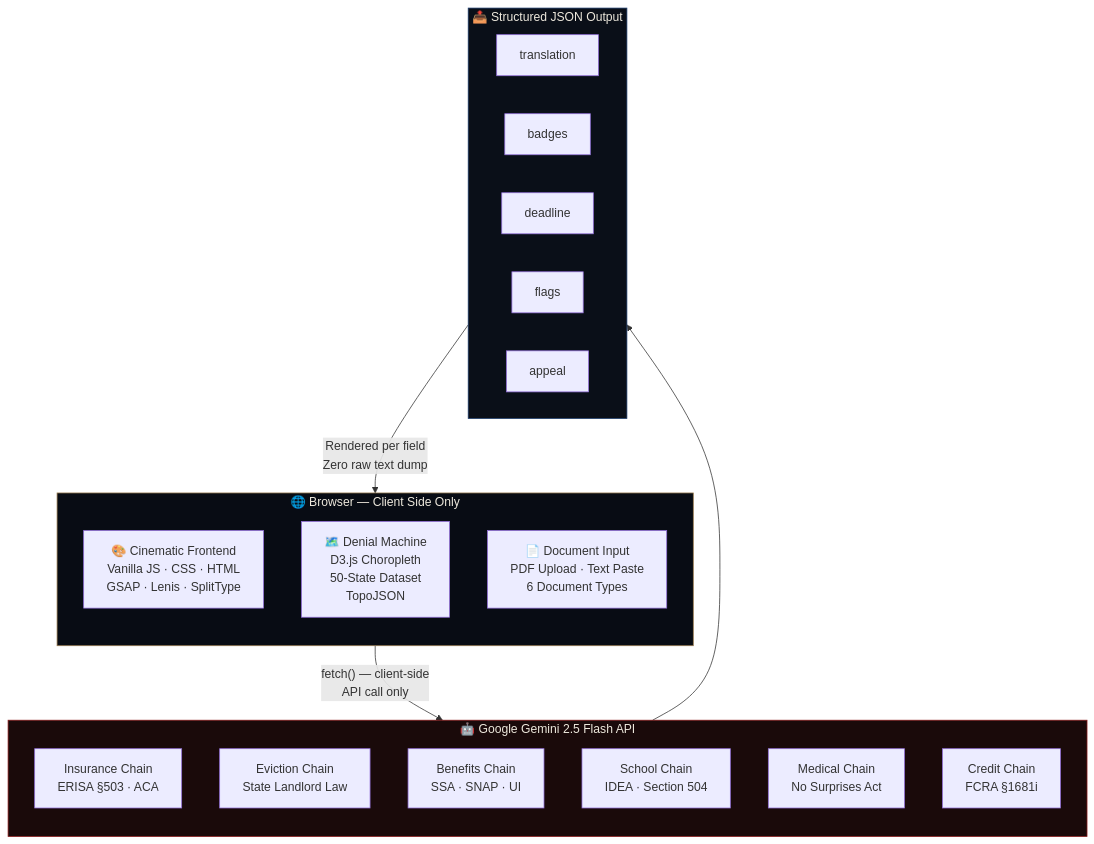
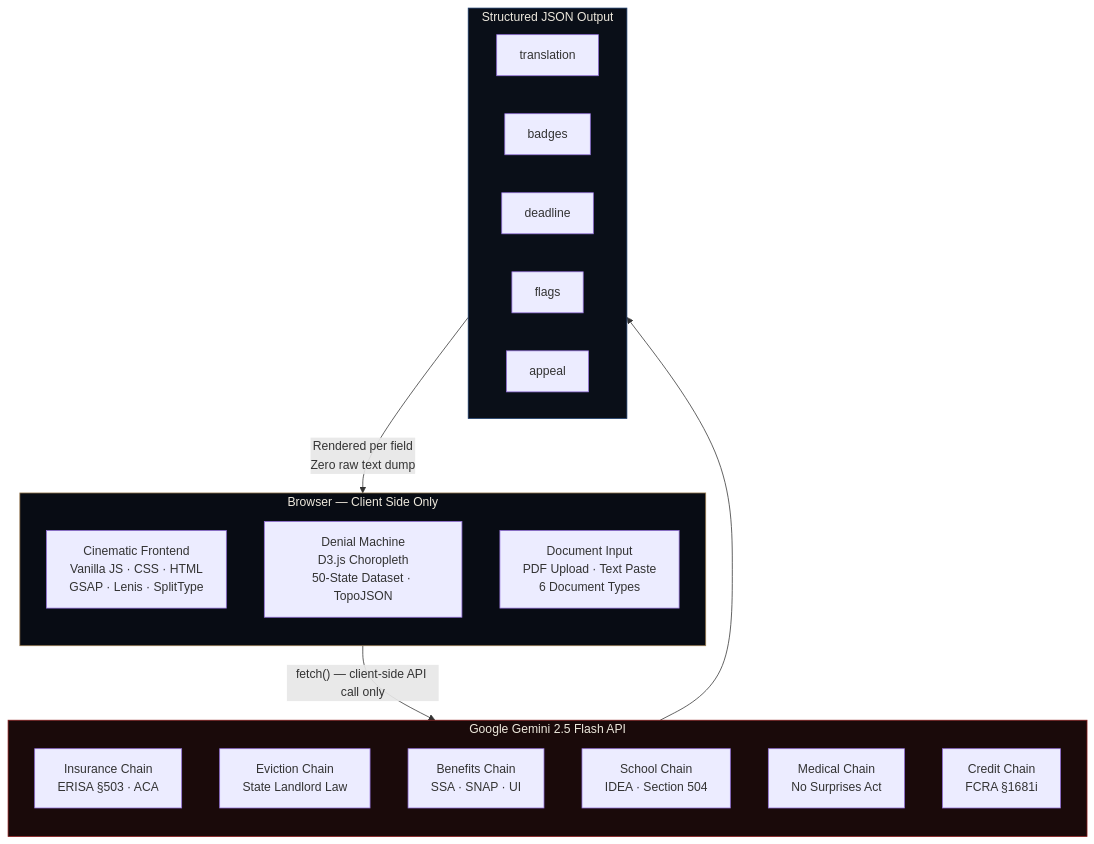
The sixth of 13 diagrams in README.md (Iceman-Dann/UnDenied), drawn with Mermaid before and after one commit. The commit also changed other lines of this file, not shown here.

````diff
--- a/README.md
+++ b/README.md
@@ -148,36 +148,36 @@
 ```mermaid
 flowchart TD
-    subgraph CLIENT["🌐 Browser — Client Side Only"]
+    subgraph CLIENT["Browser — Client Side Only"]
         direction TB
-        UI["🎨 Cinematic Frontend\nVanilla JS · CSS · HTML\nGSAP · Lenis · SplitType"]
-        MAP["🗺️ Denial Machine\nD3.js Choropleth\n50-State Dataset\nTopoJSON"]
-        PDF["📄 Document Input\nPDF Upload · Text Paste\n6 Document Types"]
+        UI["Cinematic Frontend\nVanilla JS · CSS · HTML\nGSAP · Lenis · SplitType"]
+        MAP["Denial Machine\nD3.js Choropleth\n50-State Dataset · TopoJSON"]
+        PDF["Document Input\nPDF Upload · Text Paste\n6 Document Types"]
     end
 
-    subgraph AI["🤖 Google Gemini 2.5 Flash API"]
+    subgraph AI["Google Gemini 2.5 Flash API"]
         direction TB
         P1["Insurance Chain\nERISA §503 · ACA"]
         P2["Eviction Chain\nState Landlord Law"]
         P3["Benefits Chain\nSSA · SNAP · UI"]
         P4["School Chain\nIDEA · Section 504"]
         P5["Medical Chain\nNo Surprises Act"]
         P6["Credit Chain\nFCRA §1681i"]
     end
 
-    subgraph OUTPUT["📤 Structured JSON Output"]
+    subgraph OUTPUT["Structured JSON Output"]
         direction LR
         O1["translation"]
         O2["badges"]
         O3["deadline"]
         O4["flags"]
         O5["appeal"]
     end
 
-    PDF -->|"fetch() — client-side\nAPI call only"| AI
+    PDF -->|"fetch() — client-side API call only"| AI
     AI --> OUTPUT
     OUTPUT -->|"Rendered per field\nZero raw text dump"| UI
 
     style CLIENT fill:#080c14,stroke:#9a7b4f,color:#ede8dc
     style AI fill:#1a0a0a,stroke:#8b1a1a,color:#ede8dc
     style OUTPUT fill:#0a0f18,stroke:#1a3a6b,color:#ede8dc
 ```
````
